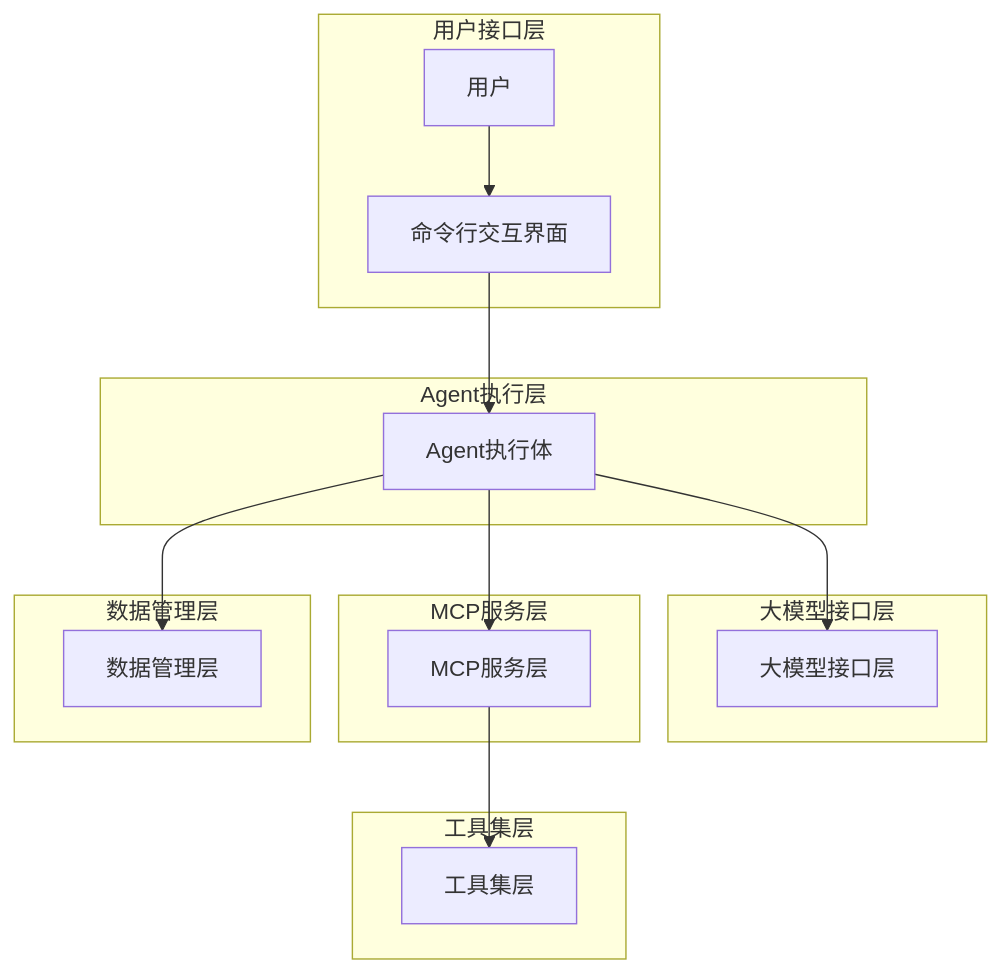
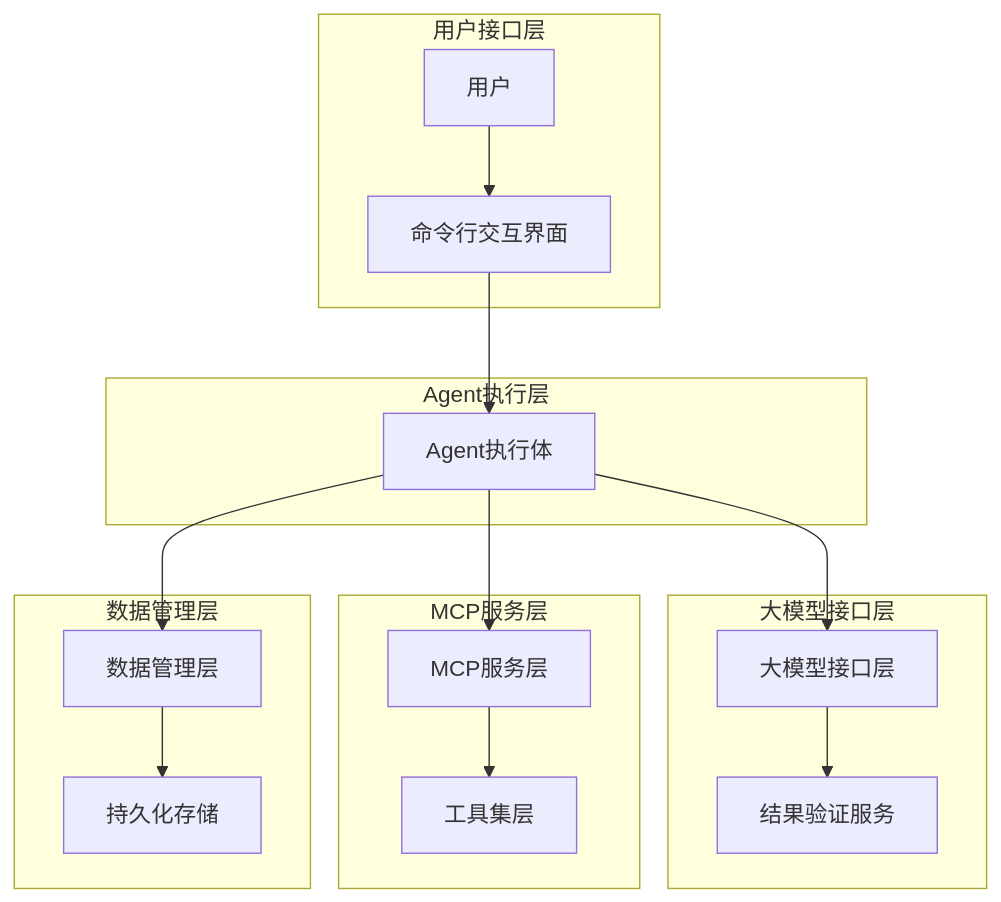
Before and after one commit to wangchengyu/AI-Agent-Flow: the first of 3 diagrams in doc/architecture.md, drawn with Mermaid. The commit also changed other lines of this file and 17 other files, not shown here.

````diff
--- a/doc/architecture.md
+++ b/doc/architecture.md
@@ -5,34 +4,35 @@
 ```mermaid
 graph TD
     A[用户] --> B[命令行交互界面]
     B --> C[Agent执行体]
     C --> D[大模型接口层]
     C --> E[MCP服务层]
     C --> F[数据管理层]
     E --> G[工具集层]
+    D --> H[结果验证服务]
+    F --> I[持久化存储]
     
     subgraph 用户接口层
         A
         B
     end
     
     subgraph Agent执行层
         C
     end
     
     subgraph 大模型接口层
         D
+        H
     end
     
     subgraph MCP服务层
         E
+        G
     end
     
     subgraph 数据管理层
         F
-    end
-    
-    subgraph 工具集层
-        G
+        I
     end
 ```
````
